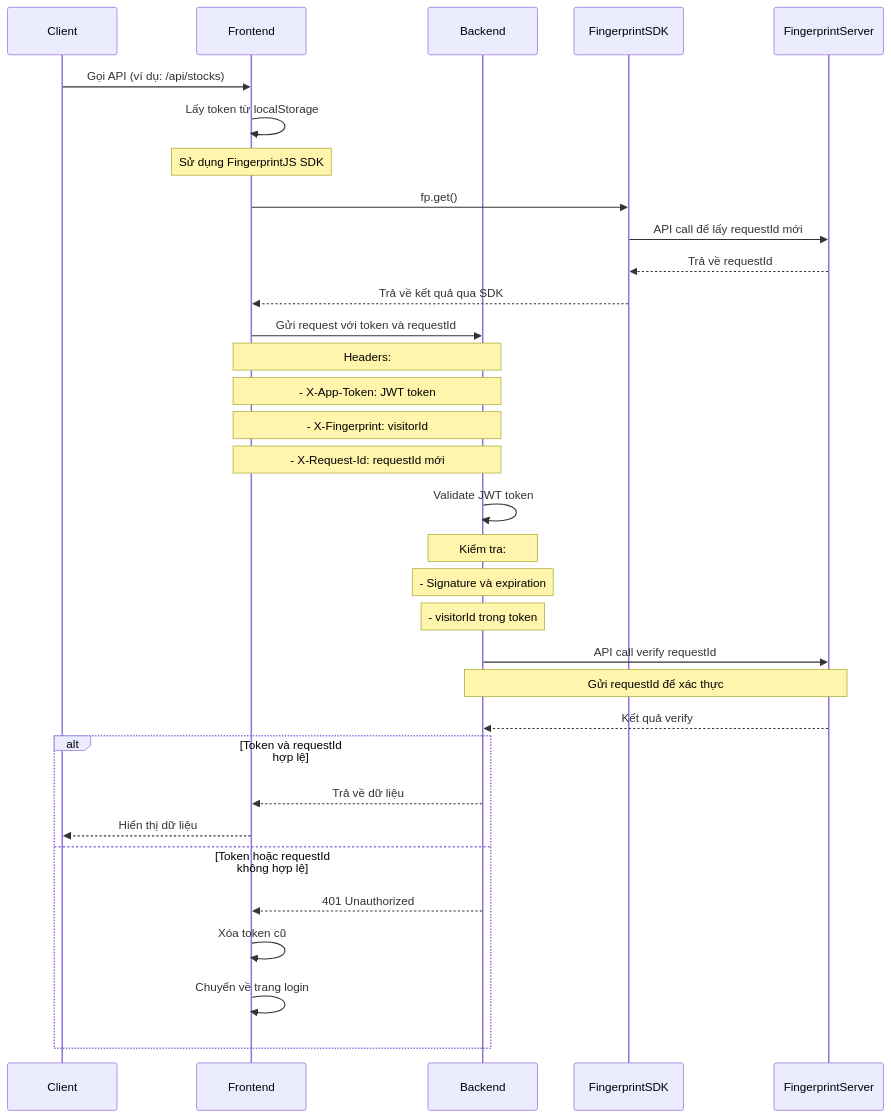
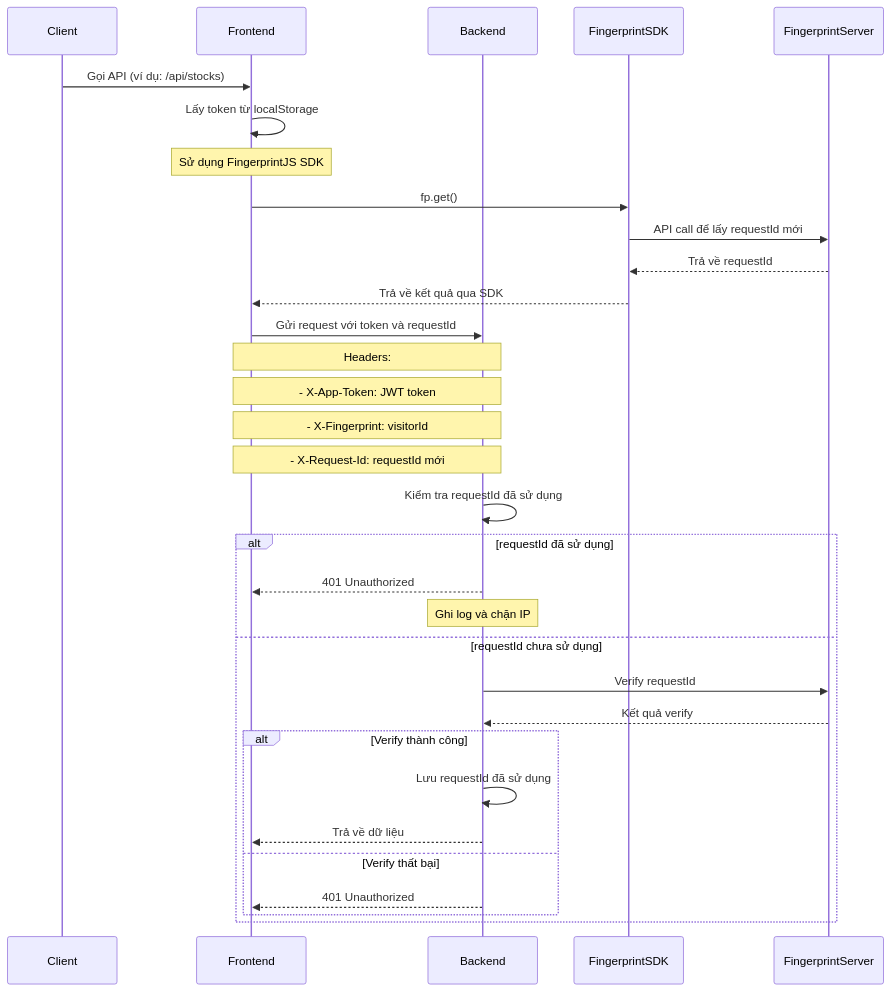
One commit to vunm-demo-app/fingerprint-auth-demo changed the second of 4 diagrams in README.md. Above: the diagram before and after it, drawn with Mermaid. The commit also changed other lines of this file and 2 other files, not shown here.

Commit message:
update verify visitor and requestId logic

````diff
--- a/README.md
+++ b/README.md
@@ -45,36 +45,35 @@
 ```mermaid
 sequenceDiagram
     participant Client
     participant Frontend
     participant Backend
     participant FingerprintSDK
     participant FingerprintServer
 
     Client->>Frontend: Gọi API (ví dụ: /api/stocks)
     Frontend->>Frontend: Lấy token từ localStorage
     Note over Frontend: Sử dụng FingerprintJS SDK
     Frontend->>FingerprintSDK: fp.get()
     FingerprintSDK->>FingerprintServer: API call để lấy requestId mới
     FingerprintServer-->>FingerprintSDK: Trả về requestId
     FingerprintSDK-->>Frontend: Trả về kết quả qua SDK
     Frontend->>Backend: Gửi request với token và requestId
     Note over Frontend,Backend: Headers:
     Note over Frontend,Backend: - X-App-Token: JWT token
     Note over Frontend,Backend: - X-Fingerprint: visitorId
     Note over Frontend,Backend: - X-Request-Id: requestId mới
-    Backend->>Backend: Validate JWT token
-    Note over Backend: Kiểm tra:
-    Note over Backend: - Signature và expiration
-    Note over Backend: - visitorId trong token
-    Backend->>FingerprintServer: API call verify requestId
-    Note over Backend,FingerprintServer: Gửi requestId để xác thực
-    FingerprintServer-->>Backend: Kết quả verify
-    alt Token và requestId hợp lệ
-        Backend-->>Frontend: Trả về dữ liệu
-        Frontend-->>Client: Hiển thị dữ liệu
-    else Token hoặc requestId không hợp lệ
+    Backend->>Backend: Kiểm tra requestId đã sử dụng
+    alt requestId đã sử dụng
         Backend-->>Frontend: 401 Unauthorized
-        Frontend->>Frontend: Xóa token cũ
-        Frontend->>Frontend: Chuyển về trang login
+        Note over Backend: Ghi log và chặn IP
+    else requestId chưa sử dụng
+        Backend->>FingerprintServer: Verify requestId
+        FingerprintServer-->>Backend: Kết quả verify
+        alt Verify thành công
+            Backend->>Backend: Lưu requestId đã sử dụng
+            Backend-->>Frontend: Trả về dữ liệu
+        else Verify thất bại
+            Backend-->>Frontend: 401 Unauthorized
+        end
     end
 ```
````
